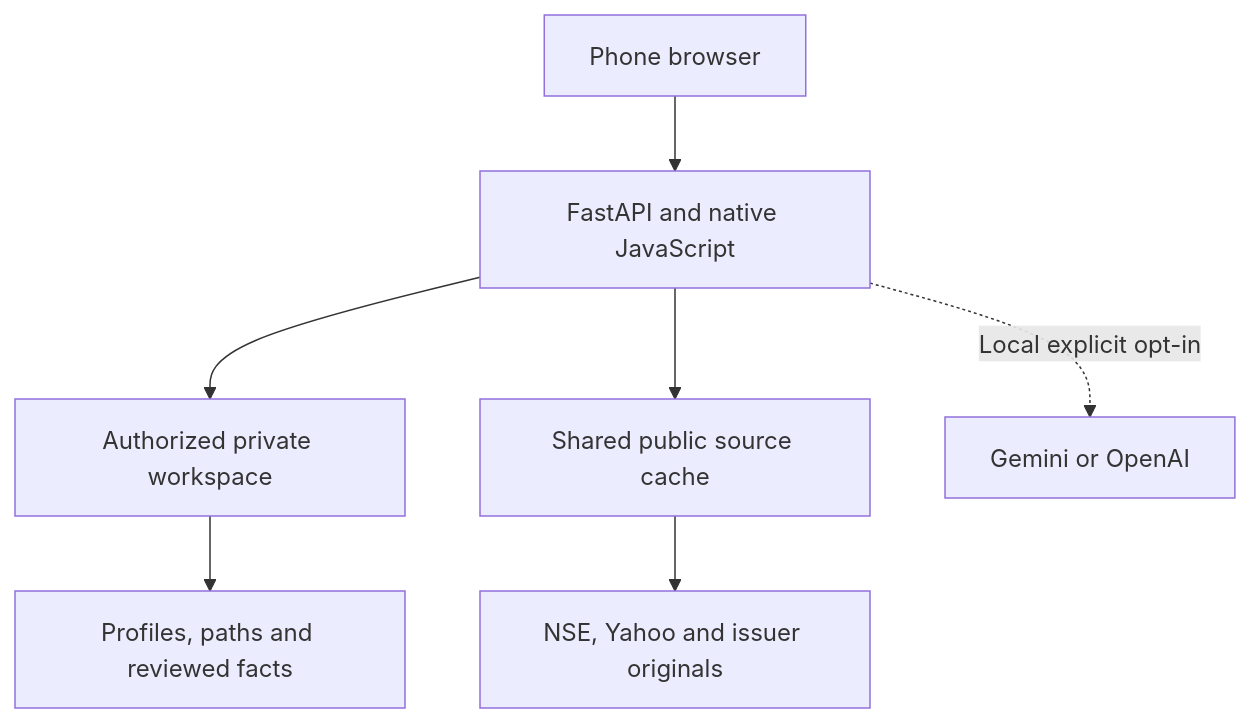
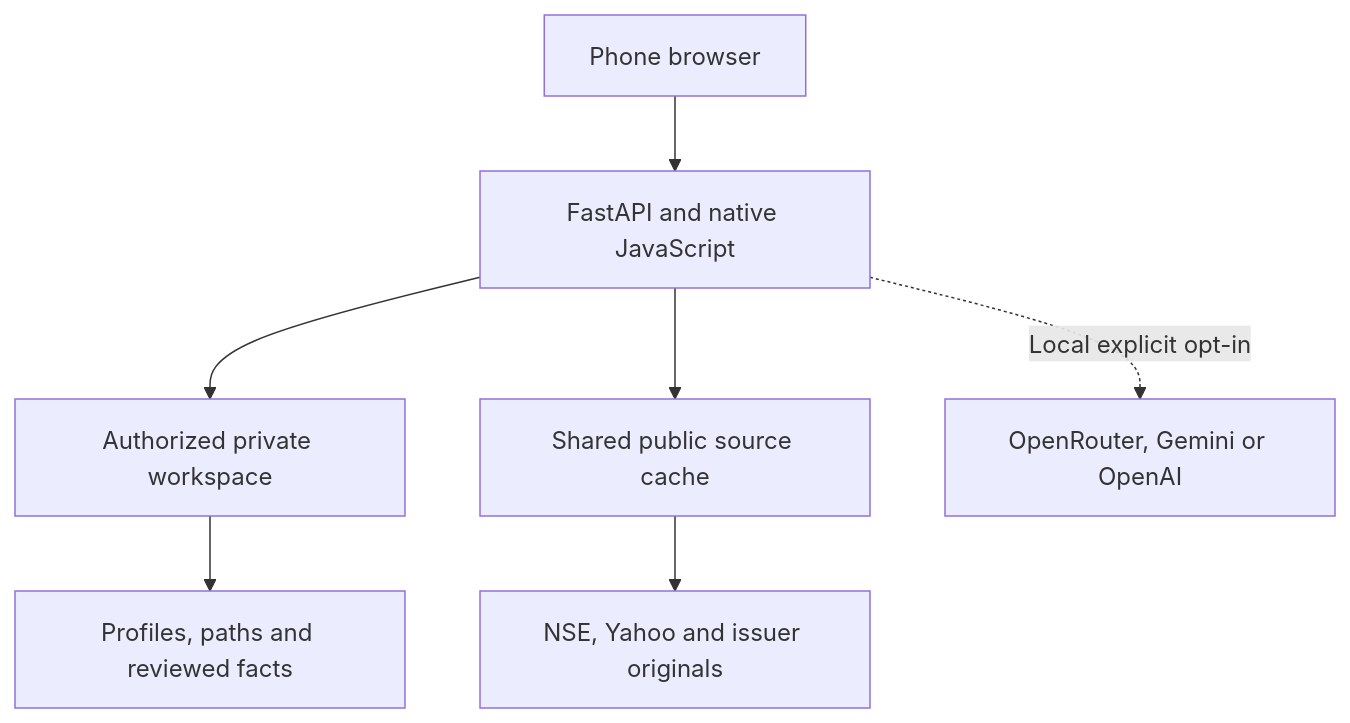
The diagram in docs/ARCHITECTURE.md (YatharthDX/enam_holdings_assignmnet), drawn with Mermaid before and after one commit. The commit also changed other lines of this file and 25 other files, not shown here.

Commit message:
added OpenRouter API as gemini was not working

````diff
--- a/docs/ARCHITECTURE.md
+++ b/docs/ARCHITECTURE.md
@@ -7,9 +7,9 @@
 ```mermaid
 flowchart TD
   B["Phone browser"] --> A["FastAPI and native JavaScript"]
   A --> W["Authorized private workspace"]
   A --> S["Shared public source cache"]
   S --> P["NSE, Yahoo and issuer originals"]
   W --> N["Profiles, paths and reviewed facts"]
-  A -. "Local explicit opt-in" .-> M["Gemini or OpenAI"]
+  A -. "Local explicit opt-in" .-> M["OpenRouter, Gemini or OpenAI"]
 ```
````
